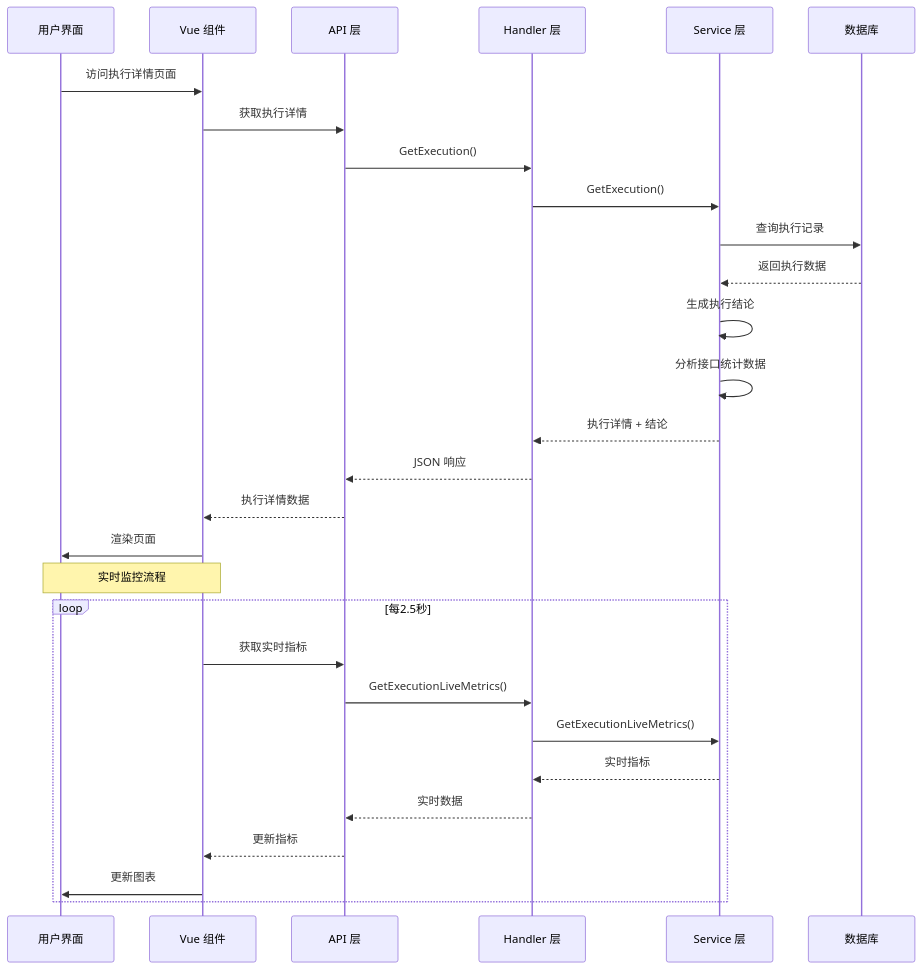
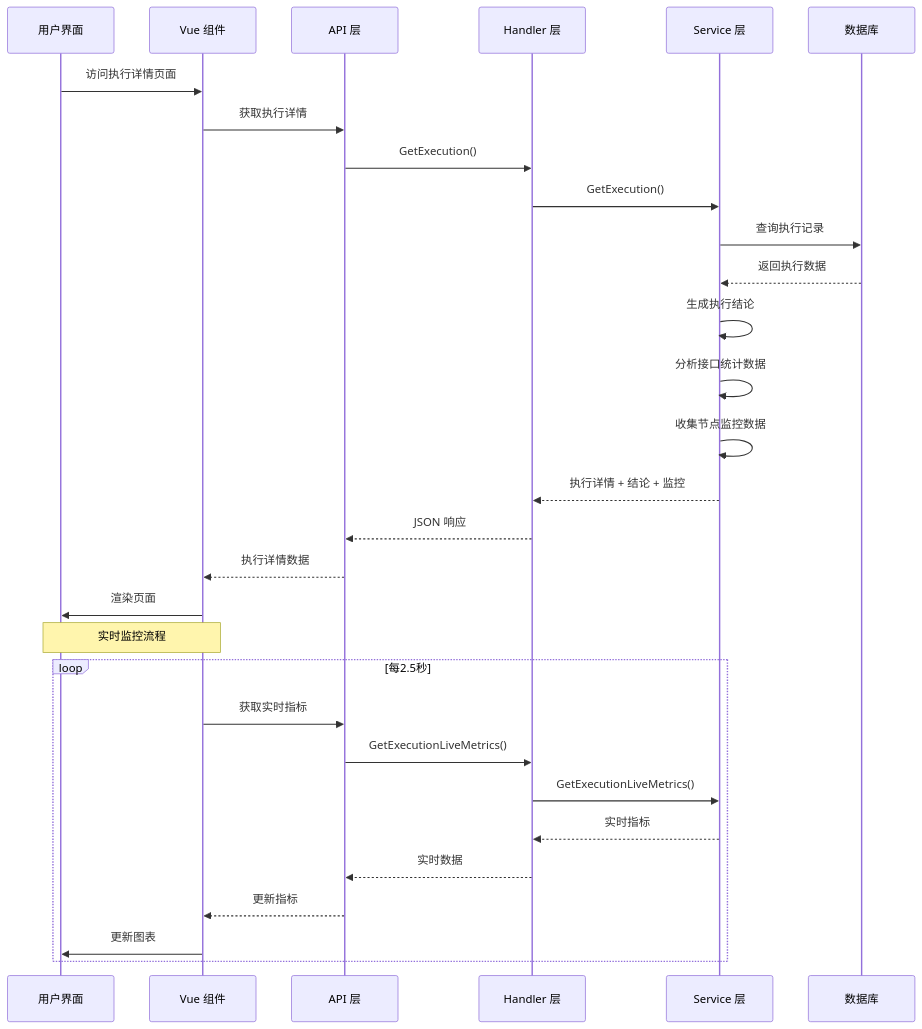
One commit to Liyuhao02/Jmeter-Admin changed the third of 29 diagrams in .qoder/repowiki/zh/content/Execution Detail View.md. Above: the diagram before and after it, drawn with Mermaid. The commit also changed other lines of this file and 16 other files, not shown here.

````diff
--- a/.qoder/repowiki/zh/content/Execution Detail View.md
+++ b/.qoder/repowiki/zh/content/Execution Detail View.md
@@ -178,31 +187,32 @@
 ```mermaid
 sequenceDiagram
 participant U as 用户界面
 participant V as Vue 组件
 participant A as API 层
 participant H as Handler 层
 participant S as Service 层
 participant D as 数据库
 U->>V : 访问执行详情页面
 V->>A : 获取执行详情
 A->>H : GetExecution()
 H->>S : GetExecution()
 S->>D : 查询执行记录
 D-->>S : 返回执行数据
 S->>S : 生成执行结论
 S->>S : 分析接口统计数据
-S-->>H : 执行详情 + 结论
+S->>S : 收集节点监控数据
+S-->>H : 执行详情 + 结论 + 监控
 H-->>A : JSON 响应
 A-->>V : 执行详情数据
 V->>U : 渲染页面
 Note over V,U : 实时监控流程
 loop 每2.5秒
 V->>A : 获取实时指标
 A->>H : GetExecutionLiveMetrics()
 H->>S : GetExecutionLiveMetrics()
 S-->>H : 实时指标
 H-->>A : 实时数据
 A-->>V : 更新指标
 V->>U : 更新图表
 end
 ```
````
